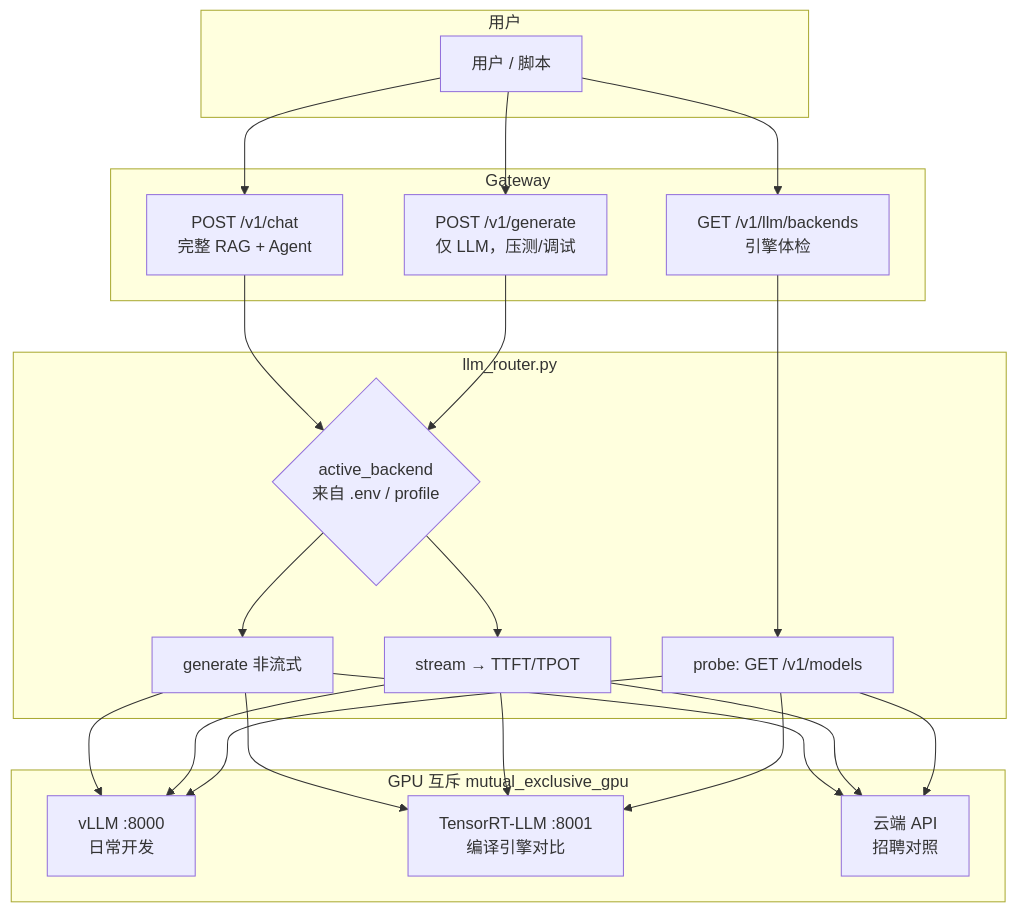
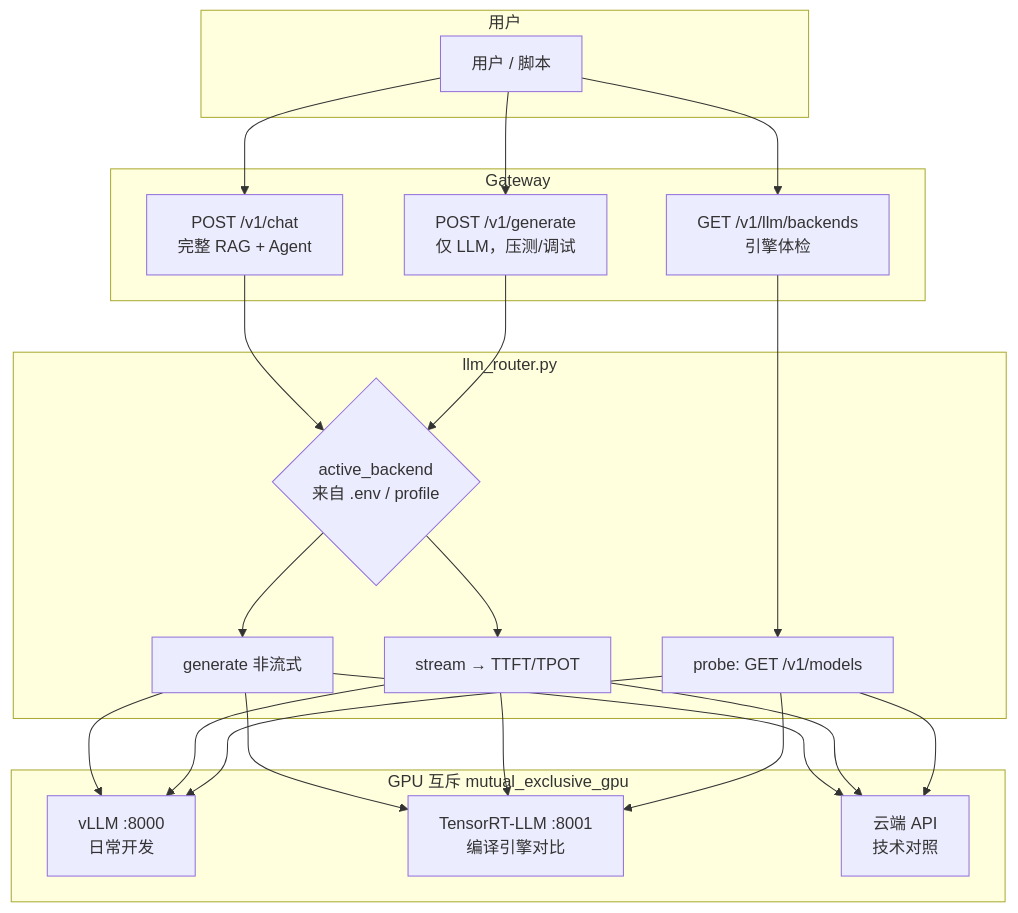
Before and after one commit to whu3554055-crypto/IndustrialOps-RAG: the first of 3 diagrams in docs/m4_serving.md, drawn with Mermaid. The commit also changed other lines of this file and 9 other files, not shown here.

````diff
--- a/docs/m4_serving.md
+++ b/docs/m4_serving.md
@@ -40,33 +40,33 @@
 ```mermaid
 flowchart TB
     subgraph 用户
         U[用户 / 脚本]
     end
 
     subgraph Gateway
         CH["POST /v1/chat<br/>完整 RAG + Agent"]
         GEN["POST /v1/generate<br/>仅 LLM，压测/调试"]
         BE["GET /v1/llm/backends<br/>引擎体检"]
     end
 
     subgraph Router["llm_router.py"]
         R{active_backend<br/>来自 .env / profile}
         P[probe: GET /v1/models]
         G[generate 非流式]
         S[stream → TTFT/TPOT]
     end
 
     subgraph 引擎["GPU 互斥 mutual_exclusive_gpu"]
         V["vLLM :8000<br/>日常开发"]
         T["TensorRT-LLM :8001<br/>编译引擎对比"]
-        A["云端 API<br/>招聘对照"]
+        A["云端 API<br/>技术对照"]
     end
 
     U --> CH & GEN & BE
     CH --> R
     GEN --> R
     BE --> P
     R --> G & S
     G & S --> V & T & A
     P --> V & T & A
 ```
````
